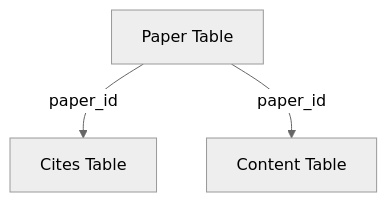
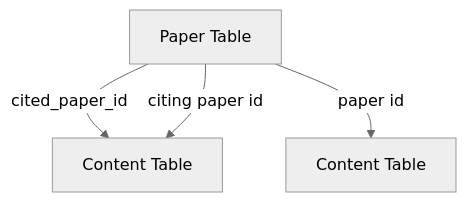
Before and after one commit to AnaC-Code/SRD-ED: the second of 4 diagrams in README.md, drawn with Mermaid (neutral theme). The commit also changed other lines of this file, not shown here.

````diff
--- a/README.md
+++ b/README.md
@@ -54,5 +54,6 @@
 ```mermaid
 graph TD;
-    Paper[Paper Table] -->|paper_id| Cites[Cites Table]
-    Paper[Paper Table] -->|paper_id| Content[Content Table]
+    Paper[Paper Table] -->|cited_paper_id| Cites[Cites Table]
+    Paper[Paper Table] -->|citing paper id| Cites[Content Table]
+    Paper[Paper Table] -->|paper id| Content[Content Table]
 ```
````
